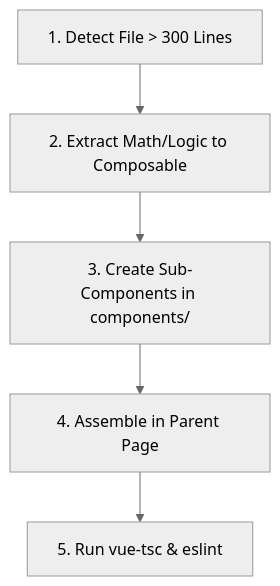
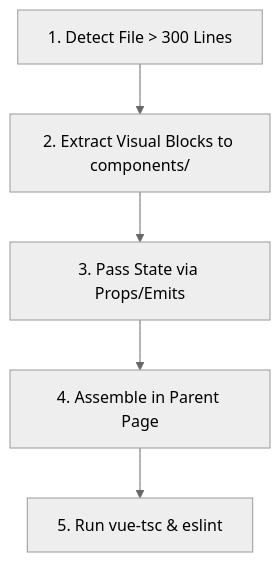
Before and after one commit to david-git-2/brandwala-wholesale-quasar-v2: the diagram in docs/COMPONENT_MODULARIZATION_GUIDE.md, drawn with Mermaid (neutral theme). The commit also changed other lines of this file and 19 other files, not shown here.

````diff
--- a/docs/COMPONENT_MODULARIZATION_GUIDE.md
+++ b/docs/COMPONENT_MODULARIZATION_GUIDE.md
@@ -24,7 +39,7 @@
 ```mermaid
 graph TD
-    A["1. Detect File > 300 Lines"] --> B["2. Extract Math/Logic to Composable"]
-    B --> C["3. Create Sub-Components in components/"]
+    A["1. Detect File > 300 Lines"] --> B["2. Extract Visual Blocks to components/"]
+    B --> C["3. Pass State via Props/Emits"]
     C --> D["4. Assemble in Parent Page"]
     D --> E["5. Run vue-tsc & eslint"]
 ```
````
